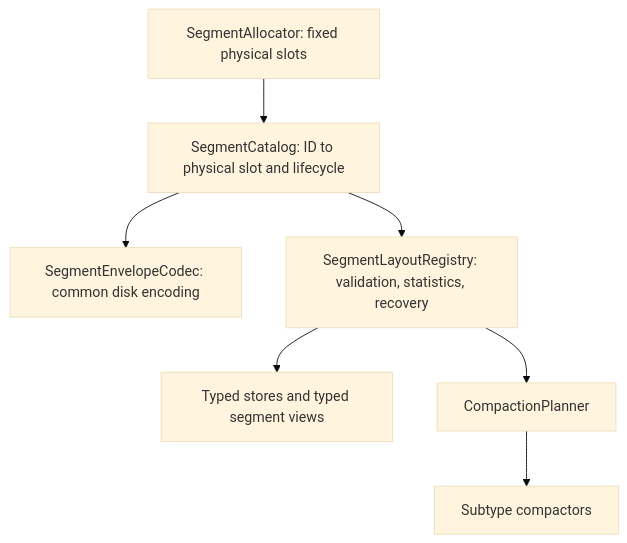
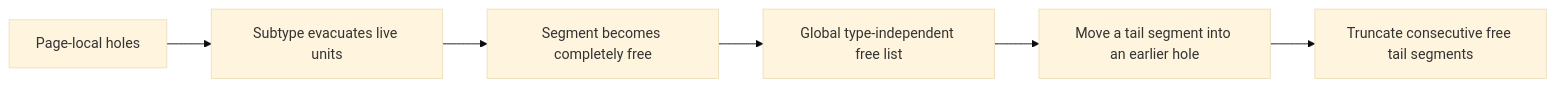
Before and after one commit to nexepic/zyx: the third of 3 diagrams in docs/apps/docs/content/docs/en/zyx/architecture/segment-storage-vnext.mdx, drawn with Mermaid (base theme). The commit also changed other lines of this file and 1 other file, not shown here.

Commit message:
Document segment storage migration plan

````diff
--- a/docs/apps/docs/content/docs/en/zyx/architecture/segment-storage-vnext.mdx
+++ b/docs/apps/docs/content/docs/en/zyx/architecture/segment-storage-vnext.mdx
@@ -158,16 +336,8 @@
 ```mermaid
-flowchart TD
-    A["SegmentAllocator: fixed physical slots"]
-    B["SegmentCatalog: ID to physical slot and lifecycle"]
-    C["SegmentEnvelopeCodec: common disk encoding"]
-    D["SegmentLayoutRegistry: validation, statistics, recovery"]
-    E["Typed stores and typed segment views"]
-    F["CompactionPlanner"]
-    G["Subtype compactors"]
-    A --> B
-    B --> C
-    B --> D
-    D --> E
-    D --> F
-    F --> G
+flowchart LR
+    A["Page-local holes"] --> B["Subtype evacuates live units"]
+    B --> C["Segment becomes completely free"]
+    C --> D["Global type-independent free list"]
+    D --> E["Move a tail segment into an earlier hole"]
+    E --> F["Truncate consecutive free tail segments"]
 ```
````
